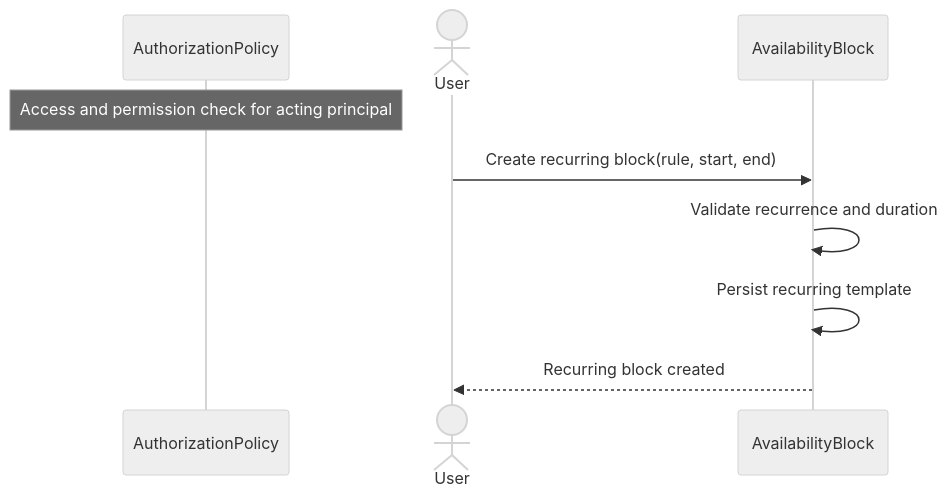
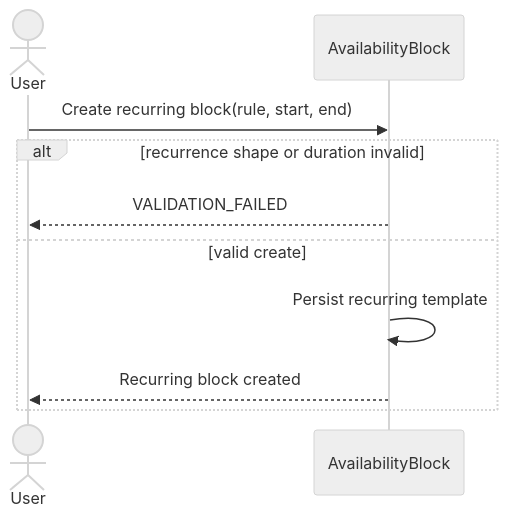
Before and after one commit to ChidiRnweke/margin: the second of 11 diagrams in architecture/sequence-diagrams/04-availability-planning.md, drawn with Mermaid (neutral theme). The commit also changed other lines of this file and 12 other files, not shown here.

Commit message:
Enhance sequence diagrams and introduce traceability matrix

````diff
--- a/architecture/sequence-diagrams/04-availability-planning.md
+++ b/architecture/sequence-diagrams/04-availability-planning.md
@@ -21,11 +26,12 @@
 ```mermaid
 sequenceDiagram
-    participant G as AuthorizationPolicy
-    Note over G: Access and permission check for acting principal
     actor U as User
     participant B as AvailabilityBlock
     U->>B: Create recurring block(rule, start, end)
-    B->>B: Validate recurrence and duration
-    B->>B: Persist recurring template
-    B-->>U: Recurring block created
+    alt recurrence shape or duration invalid
+        B-->>U: VALIDATION_FAILED
+    else valid create
+        B->>B: Persist recurring template
+        B-->>U: Recurring block created
+    end
 ```
````
